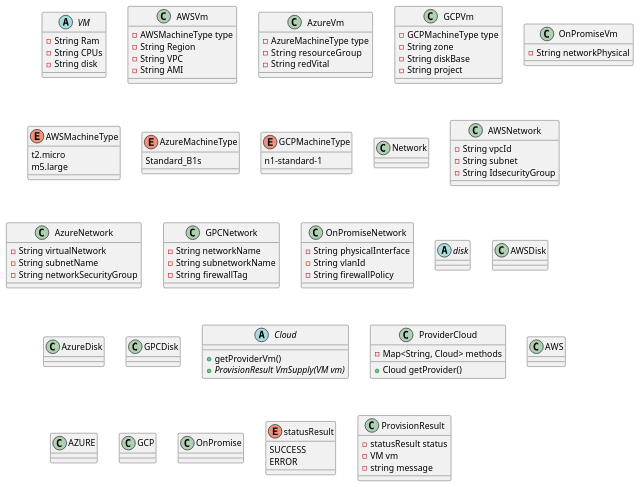
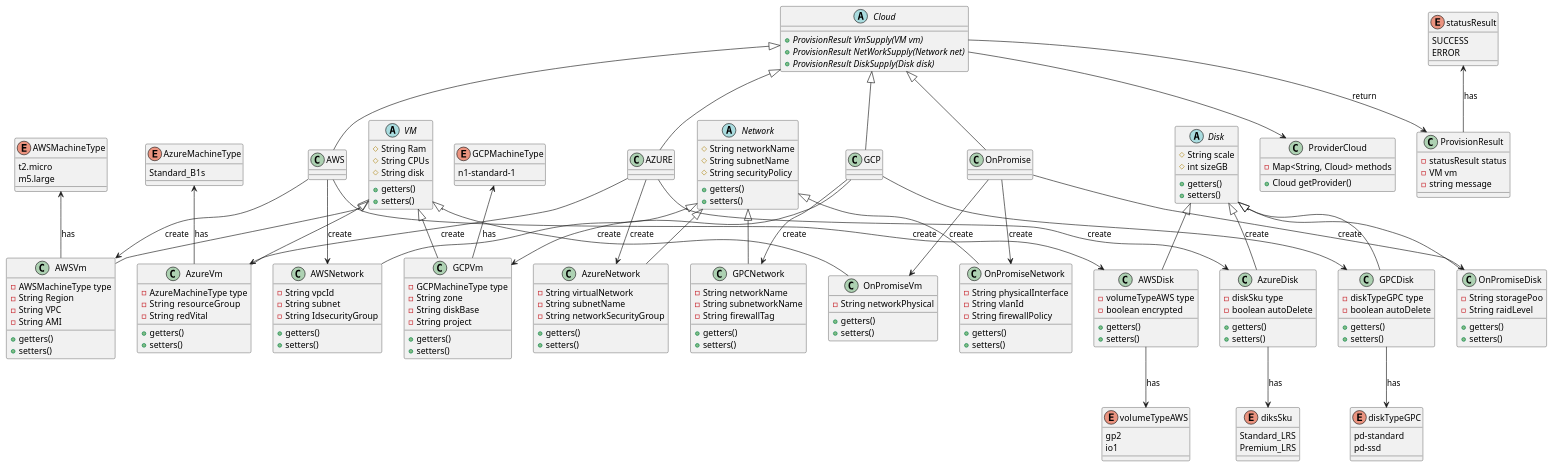
Before and after one commit to david123456858/Design-patterns-Cloud: the diagram in uml/classPatterns.wsd, drawn with PlantUML. The commit also changed 5 other files, not shown here.

```diff
--- a/uml/classPatterns.wsd
+++ b/uml/classPatterns.wsd
@@ -2,9 +2,12 @@
 
 '------------- familias 1 virtualMachine ------------
 abstract class VM {
-- String Ram
-- String CPUs
-- String disk
+# String Ram
+# String CPUs
+# String disk
+
++ getters()
++ setters()
 }
 
 class AWSVm {
@@ -12,20 +15,28 @@
 - String Region
 - String VPC
 - String AMI
++ getters()
++ setters()
 }
 class AzureVm{
 - AzureMachineType type
 - String  resourceGroup
 - String redVital
++ getters()
++ setters()
 }
 class GCPVm{
 - GCPMachineType type
 - String zone
 - String diskBase
 - String project
++ getters()
++ setters()
 }
 class OnPromiseVm{
     - String networkPhysical
+    + getters()
+    + setters()
 }
 
 enum AWSMachineType{
@@ -41,53 +52,97 @@
 
 '------------- Familia 2 Network ---------------
 
-class Network {
-    
+abstract class Network {
+    # String networkName
+    # String subnetName
+    # String securityPolicy
+    + getters()
+    + setters()
 }
 
 class AWSNetwork {
     - String vpcId
     - String subnet
     - String IdsecurityGroup
+    + getters()
+    + setters()
 }
 
 class AzureNetwork {
     - String virtualNetwork
     - String subnetName
     - String networkSecurityGroup
+    + getters()
+    + setters()
 }
 
 class GPCNetwork {
     - String networkName
     - String subnetworkName
     - String firewallTag
+    + getters()
+    + setters()
 }
 
 class OnPromiseNetwork {
     - String physicalInterface
     - String vlanId
     - String firewallPolicy
+    + getters()
+    + setters()
 }
 '-----------------------------------------------
 
 
-
-
 '------------- Familia 3 Disk ------------------
-abstract class disk {
-
+abstract class Disk {
+    # String scale
+    # int sizeGB
+    + getters()
+    + setters()
 }
 
 class AWSDisk {
-    
+    - volumeTypeAWS type
+    - boolean encrypted
+    + getters()
+    + setters()
 }
 
 class AzureDisk {
-    
+    - diskSku type
+    - boolean autoDelete
+    + getters()
+    + setters()
 }
 
 class GPCDisk {
+    - diskTypeGPC type
+    - boolean autoDelete
+    + getters()
+    + setters()
+}
 
+class OnPromiseDisk{
+    - String storagePoo
+    - String raidLevel
+    + getters()
+    + setters()
+}
+
+enum volumeTypeAWS {
+    gp2 
+    io1
+}
+
+enum diksSku {
+    Standard_LRS
+    Premium_LRS
+}
+
+enum diskTypeGPC {
+    pd-standard
+    pd-ssd
 }
 
 '-----------------------------------------------
@@ -96,8 +151,9 @@
 '----------------- Fabricas --------------------
 
 abstract class Cloud{
-+ getProviderVm()
 + {abstract} ProvisionResult VmSupply(VM vm)
++ {abstract} ProvisionResult NetWorkSupply(Network net)
++ {abstract} ProvisionResult DiskSupply(Disk disk)
 }
 
 class ProviderCloud {
@@ -112,11 +168,6 @@
 
 '-----------------------------------------------
 
-
-
-
-
-
 enum statusResult {
     SUCCESS
     ERROR
@@ -128,30 +179,57 @@
     - string message
 }
 
+' ----------------- Relaciones --------------------
 
-' Cloud <|-- AWS
-' Cloud <|-- GCP
-' Cloud <|-- AZURE
-' Cloud <|-- OnPromise
+Cloud <|-- AWS
+Cloud <|-- GCP
+Cloud <|-- AZURE
+Cloud <|-- OnPromise
 
-' AWS --> AWSVm : create
-' AZURE --> AzureVm : create
-' GCP --> GCPVm : create
+GCP --> GCPVm : create
+GCP --> GPCDisk : create
+GCP --> GPCNetwork : create
 
-' Cloud --> ProviderCloud
+AWS --> AWSVm : create
+AWS --> AWSNetwork : create
+AWS --> AWSDisk : create
 
-' VM <|-- AzureVm
-' VM <|-- GCPVm
-' VM <|-- AWSVm
-' VM <|-- OnPromiseVm
+AZURE --> AzureNetwork : create
+AZURE --> AzureVm : create
+AZURE --> AzureDisk : create
 
-' AzureMachineType <-- AzureVm : has
-' AWSMachineType <-- AWSVm : has
-' GCPMachineType <-- GCPVm : has 
+OnPromise --> OnPromiseVm : create 
+OnPromise --> OnPromiseDisk : create
+OnPromise --> OnPromiseNetwork : create
+
+Cloud --> ProviderCloud
+
+VM <|-- AzureVm
+VM <|-- GCPVm
+VM <|-- AWSVm
+VM <|-- OnPromiseVm
+
+Network <|-- AzureNetwork
+Network <|-- AWSNetwork
+Network <|-- GPCNetwork
+Network <|-- OnPromiseNetwork
+
+Disk <|-- AWSDisk
+Disk <|-- OnPromiseDisk
+Disk <|-- AzureDisk
+Disk <|-- GPCDisk
+
+AzureMachineType <-- AzureVm : has
+AWSMachineType <-- AWSVm : has
+GCPMachineType <-- GCPVm : has 
+
+AWSDisk --> volumeTypeAWS : has
+AzureDisk --> diksSku : has
+GPCDisk --> diskTypeGPC : has
 
 
-' Cloud --> ProvisionResult: return
-' statusResult <-- ProvisionResult : has
+Cloud --> ProvisionResult: return
+statusResult <-- ProvisionResult : has
 
 
 @enduml
```
